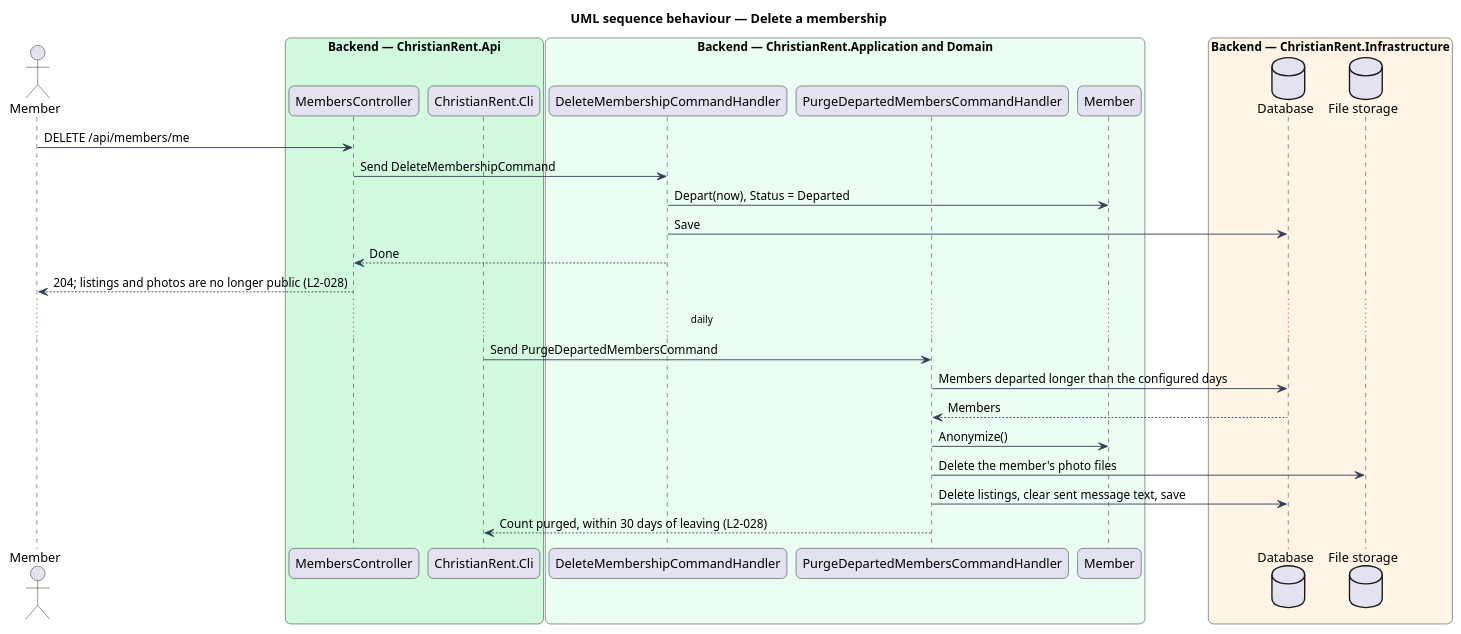
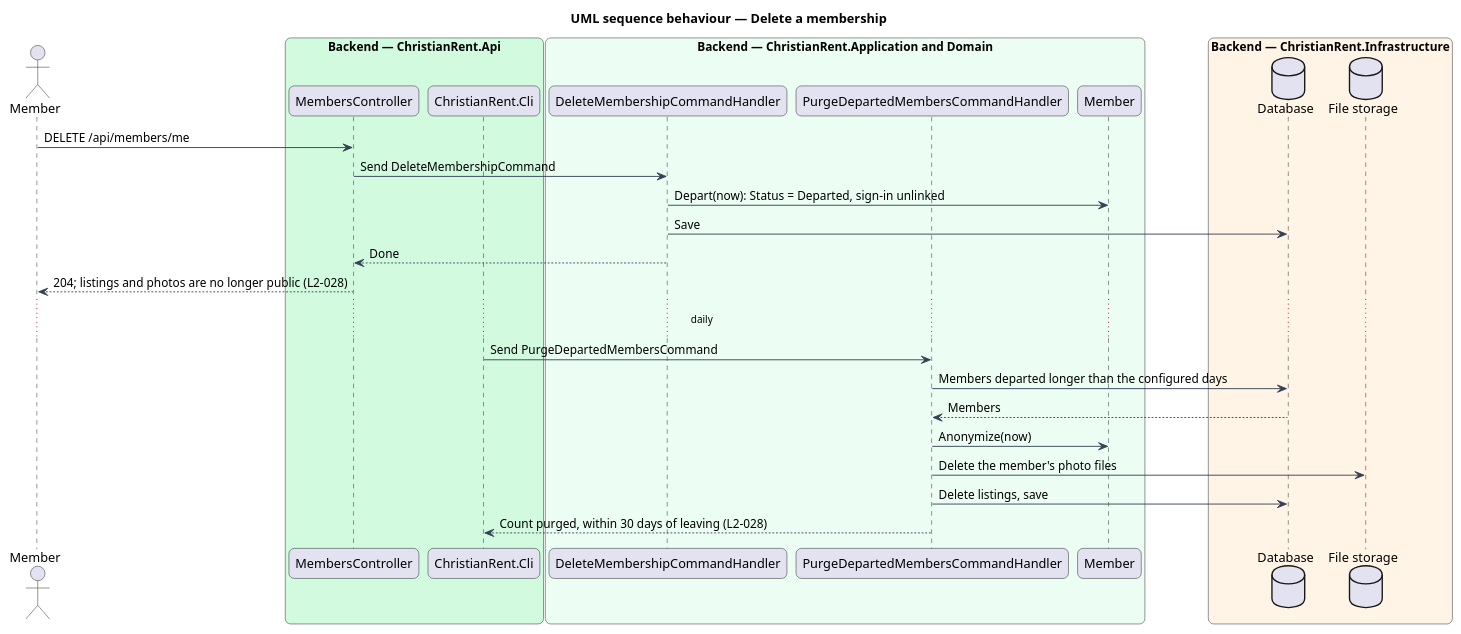
The diagram in docs/detailed-designs/platform/handle-member-data/diagrams/sequence-leave.puml (QuinntyneBrown/christian-rent), drawn with PlantUML before and after one commit. The commit also changed 19 other files, not shown here.

```diff
--- a/docs/detailed-designs/platform/handle-member-data/diagrams/sequence-leave.puml
+++ b/docs/detailed-designs/platform/handle-member-data/diagrams/sequence-leave.puml
@@ -1,45 +1,45 @@
 @startuml
 title UML sequence behaviour — Delete a membership
 skinparam backgroundColor #FFFFFF
 skinparam shadowing false
 skinparam roundcorner 12
 skinparam defaultFontName Arial
 skinparam ArrowColor #344054
 skinparam rectangle {
   BorderColor #344054
   FontColor #101828
 }
 skinparam package {
   BorderColor #667085
   FontColor #101828
   BackgroundColor #F9FAFB
 }
 actor "Member" as actor
 box "Backend — ChristianRent.Api" #D1FADF
   participant "MembersController" as ctrl
   participant "ChristianRent.Cli" as cli
 end box
 box "Backend — ChristianRent.Application and Domain" #ECFDF3
   participant "DeleteMembershipCommandHandler" as del
   participant "PurgeDepartedMembersCommandHandler" as purge
   participant "Member" as member
 end box
 box "Backend — ChristianRent.Infrastructure" #FFF4E5
   database "Database" as db
   database "File storage" as files
 end box
 actor -> ctrl : DELETE /api/members/me
 ctrl -> del : Send DeleteMembershipCommand
-del -> member : Depart(now), Status = Departed
+del -> member : Depart(now): Status = Departed, sign-in unlinked
 del -> db : Save
 del --> ctrl : Done
 ctrl --> actor : 204; listings and photos are no longer public (L2-028)
 ... daily ...
 cli -> purge : Send PurgeDepartedMembersCommand
 purge -> db : Members departed longer than the configured days
 db --> purge : Members
-purge -> member : Anonymize()
+purge -> member : Anonymize(now)
 purge -> files : Delete the member's photo files
-purge -> db : Delete listings, clear sent message text, save
+purge -> db : Delete listings, save
 purge --> cli : Count purged, within 30 days of leaving (L2-028)
 @enduml
```
